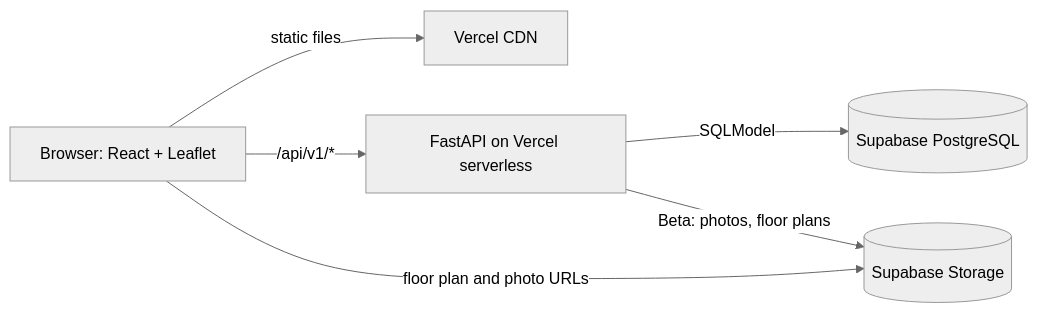
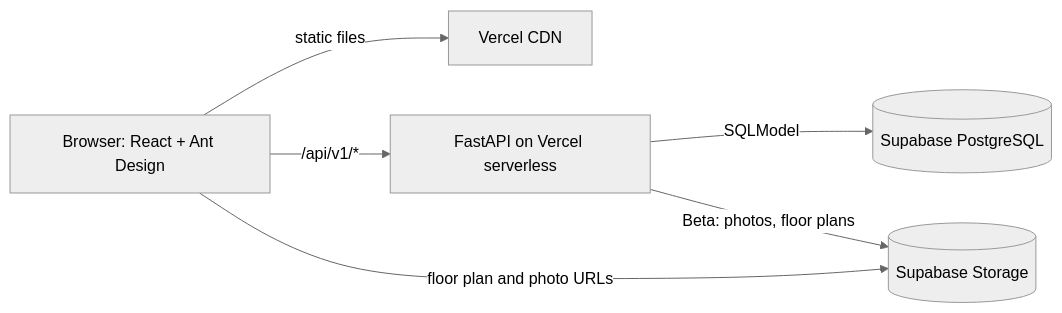
Before and after one commit to Rifat-stack/2311188_LostSpot: the first of 6 diagrams in docs/03-tdd.md, drawn with Mermaid (neutral theme). The commit also changed other lines of this file and 4 other files, not shown here.

````diff
--- a/docs/03-tdd.md
+++ b/docs/03-tdd.md
@@ -35,8 +37,8 @@
 ```mermaid
 flowchart LR
-    B["Browser: React + Leaflet"] -->|"static files"| V["Vercel CDN"]
+    B["Browser: React + Ant Design"] -->|"static files"| V["Vercel CDN"]
     B -->|"/api/v1/*"| F["FastAPI on Vercel serverless"]
     F -->|"SQLModel"| DB[("Supabase PostgreSQL")]
     F -->|"Beta: photos, floor plans"| S[("Supabase Storage")]
     B -->|"floor plan and photo URLs"| S
 ```
````
